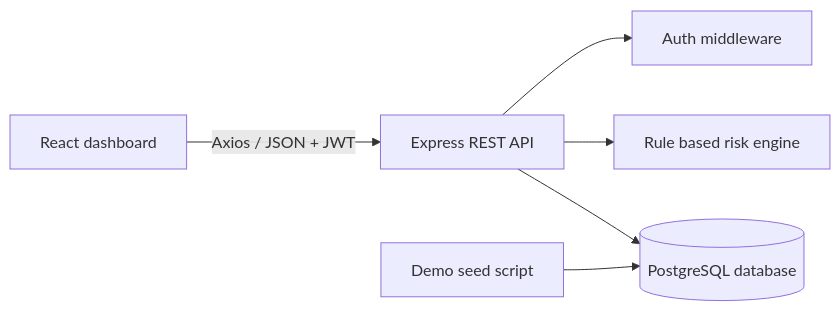
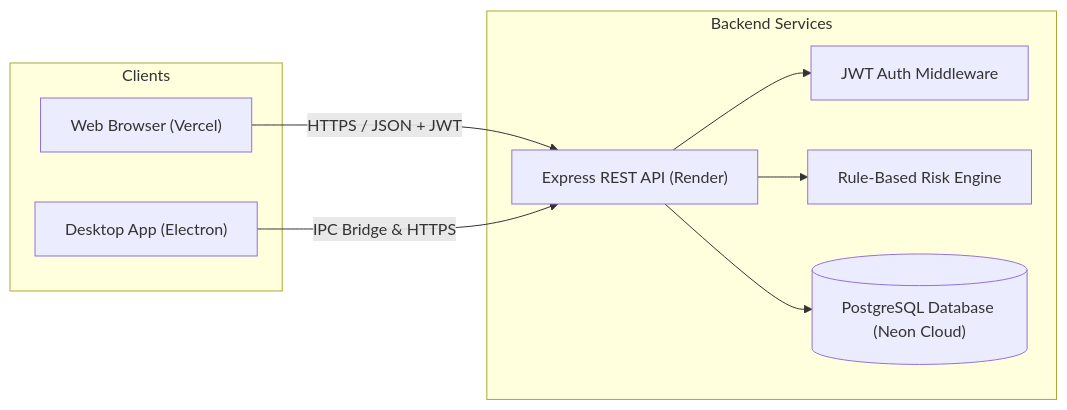
The first of 2 diagrams in README.md (aakash04-creator/VoltTrack_Lite-), drawn with Mermaid before and after one commit. The commit also changed other lines of this file and 13 other files, not shown here.

Commit message:
feat: add electron desktop application support and cross-platform installation guide

````diff
--- a/README.md
+++ b/README.md
@@ -27,8 +33,20 @@
 ```mermaid
 flowchart LR
-  Browser[React dashboard] -->|Axios / JSON + JWT| API[Express REST API]
-  API --> Auth[Auth middleware]
-  API --> Engine[Rule based risk engine]
-  API --> DB[(PostgreSQL database)]
-  Seed[Demo seed script] --> DB
+  subgraph Clients["Clients"]
+    Browser["Web Browser (Vercel)"]
+    Desktop["Desktop App (Electron)"]
+  end
+
+  subgraph Cloud["Backend Services"]
+    API["Express REST API (Render)"]
+    Auth["JWT Auth Middleware"]
+    Engine["Rule-Based Risk Engine"]
+    DB[("PostgreSQL Database (Neon Cloud)")]
+  end
+
+  Browser -->|HTTPS / JSON + JWT| API
+  Desktop -->|IPC Bridge & HTTPS| API
+  API --> Auth
+  API --> Engine
+  API --> DB
 ```
````
